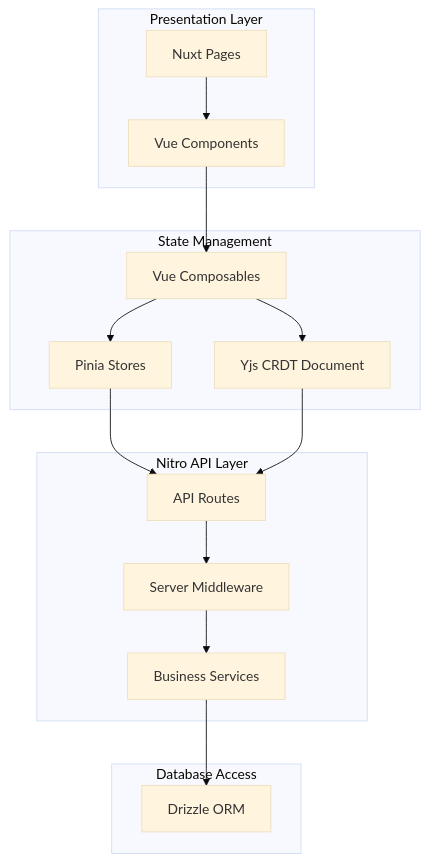
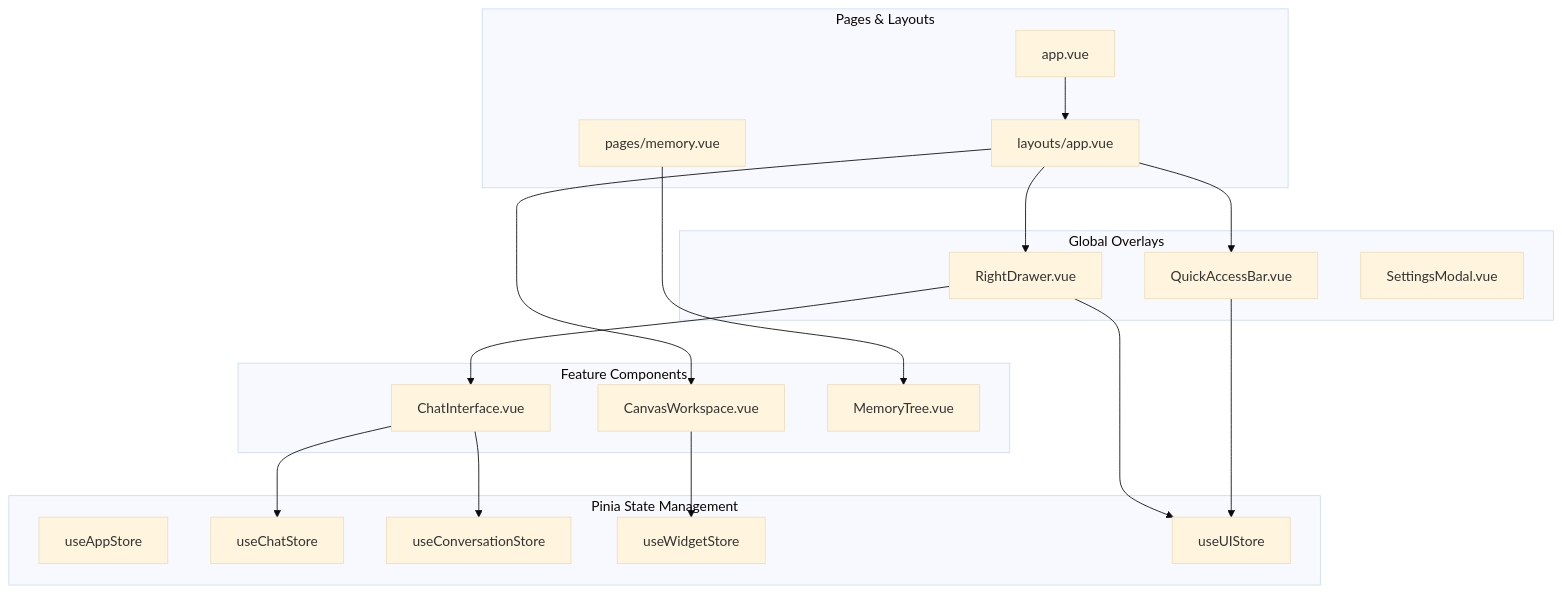
The third of 5 diagrams in ARCHITECTURE.md (NormVg/bubbles.space), drawn with Mermaid (base theme) before and after one commit. The commit also changed other lines of this file, not shown here.

Commit message:
docs: update ARCHITECTURE.md using concrete service names per living-architecture skill

````diff
--- a/ARCHITECTURE.md
+++ b/ARCHITECTURE.md
@@ -59,35 +62,42 @@
 ```mermaid
 graph TD
-    subgraph Presentation [Presentation Layer]
-        Pages[Nuxt Pages]
-        Components[Vue Components]
+    subgraph Pages [Pages & Layouts]
+        AppVue[app.vue]
+        AppLayout[layouts/app.vue]
+        MemoryPage[pages/memory.vue]
     end
     
-    subgraph State [State Management]
-        Pinia[Pinia Stores]
-        Composables[Vue Composables]
-        Yjs[Yjs CRDT Document]
+    subgraph Shared UI [Global Overlays]
+        RightDrawer[RightDrawer.vue]
+        QuickAccess[QuickAccessBar.vue]
+        Settings[SettingsModal.vue]
     end
     
-    subgraph NitroAPI [Nitro API Layer]
-        Routes[API Routes]
-        Middleware[Server Middleware]
-        Services[Business Services]
+    subgraph Core Features [Feature Components]
+        CanvasWS[CanvasWorkspace.vue]
+        ChatUI[ChatInterface.vue]
+        MemoryTree[MemoryTree.vue]
     end
     
-    subgraph DBAccess [Database Access]
-        Drizzle[Drizzle ORM]
+    subgraph Pinia [Pinia State Management]
+        AppStore[useAppStore]
+        ChatStore[useChatStore]
+        ConvStore[useConversationStore]
+        WidgetStore[useWidgetStore]
+        UIStore[useUIStore]
     end
     
-    Pages --> Components
-    Components --> Composables
-    Composables --> Pinia
-    Composables --> Yjs
+    AppVue --> AppLayout
+    AppLayout --> RightDrawer
+    AppLayout --> CanvasWS
+    AppLayout --> QuickAccess
     
-    Pinia --> Routes
-    Yjs --> Routes
+    RightDrawer --> ChatUI
+    MemoryPage --> MemoryTree
     
-    Routes --> Middleware
-    Middleware --> Services
-    Services --> Drizzle
+    CanvasWS --> WidgetStore
+    ChatUI --> ChatStore
+    ChatUI --> ConvStore
+    RightDrawer --> UIStore
+    QuickAccess --> UIStore
 ```
````
